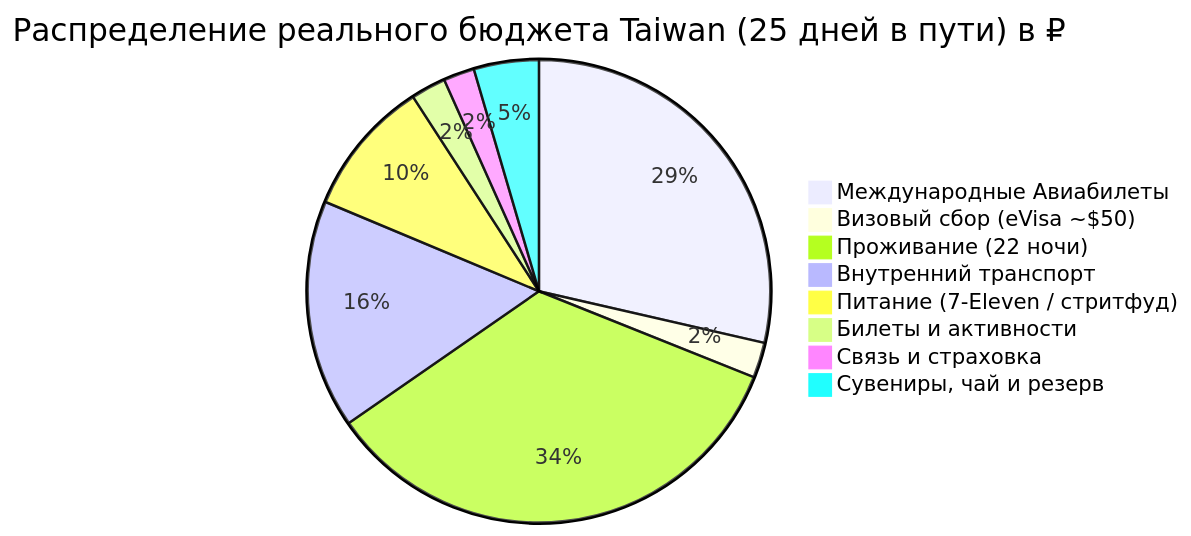
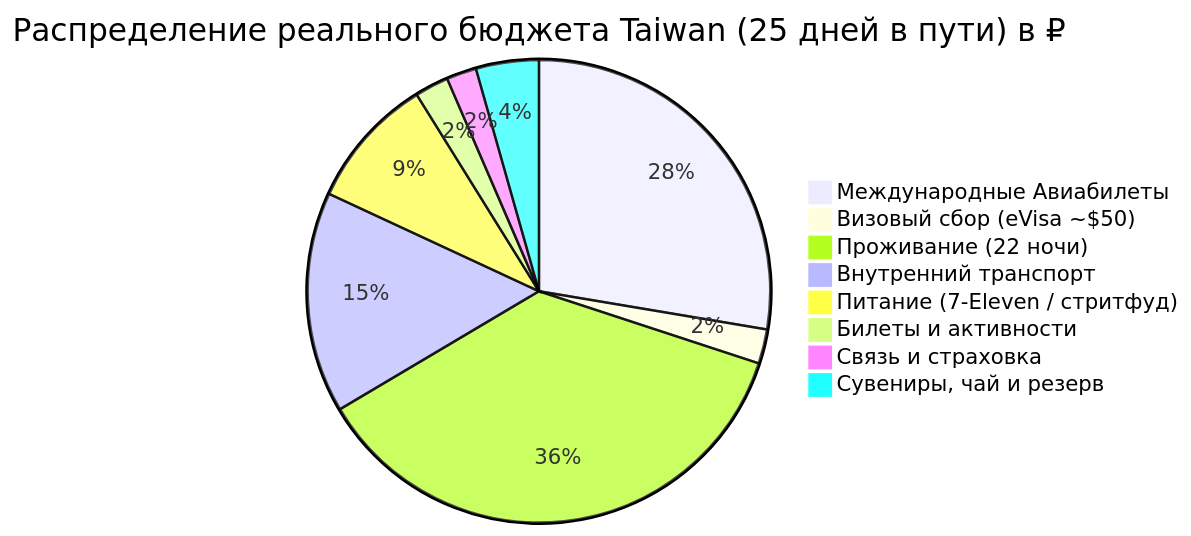
The diagram in Personal Note/Travel/-- Taiwan/04 - Финансы/Финансы.md (injurka/obsidian-mark), drawn with Mermaid before and after one commit. The commit also changed other lines of this file and 13 other files, not shown here.

````diff
--- a/Personal Note/Travel/-- Taiwan/04 - Финансы/Финансы.md
+++ b/Personal Note/Travel/-- Taiwan/04 - Финансы/Финансы.md
@@ -13,11 +13,11 @@
 ```mermaid
 pie title Распределение реального бюджета Taiwan (25 дней в пути) в ₽
     "Международные Авиабилеты" : 55412
     "Визовый сбор (eVisa ~$50)" : 4800
-    "Проживание (22 ночи)" : 66479
+    "Проживание (22 ночи)" : 73016
     "Внутренний транспорт" : 30925
     "Питание (7-Eleven / стритфуд)" : 18500
     "Билеты и активности" : 4740
     "Связь и страховка" : 4200
     "Сувениры, чай и резерв" : 8800
 ```
````
